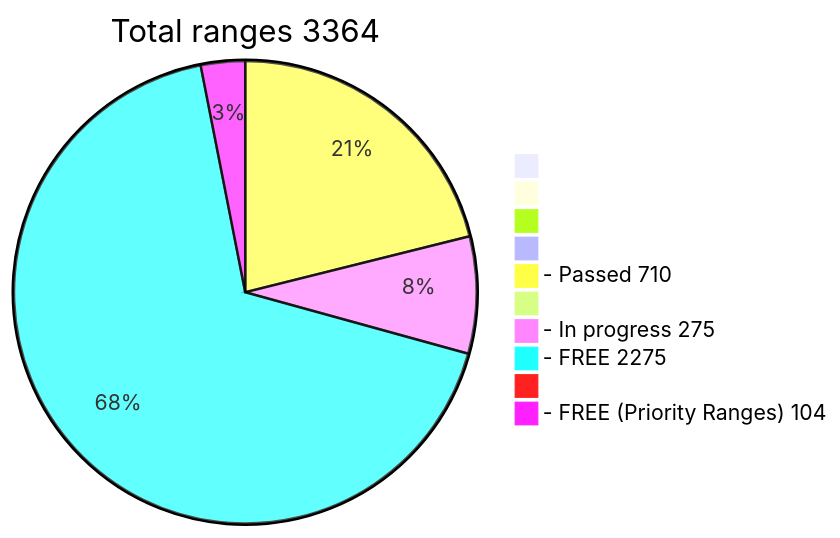
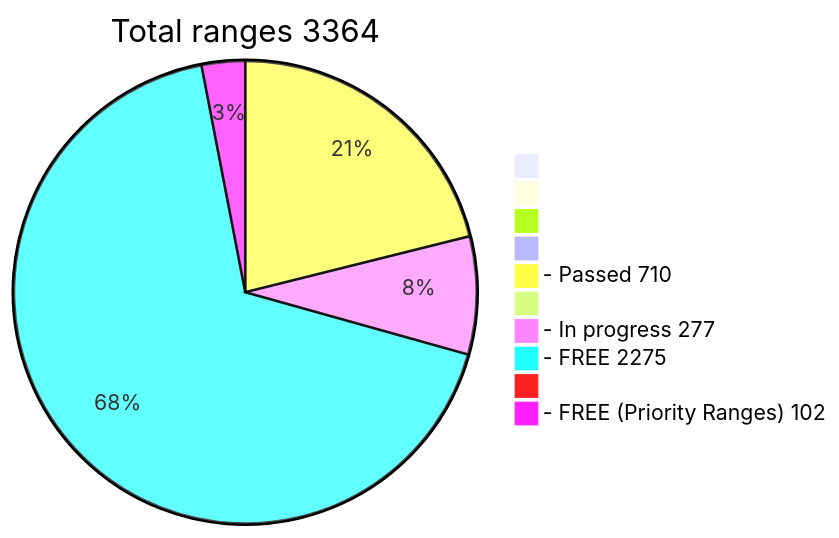
One commit to phrutis/wif500 changed the diagram in README.md. Above: the diagram before and after it, drawn with Mermaid.

````diff
--- a/README.md
+++ b/README.md
@@ -16,13 +16,13 @@
 ```mermaid
 pie title Total ranges 3364
              " " : 0
             "  " : 0
            "   " : 0
           "    " : 0
   "- Passed 710" : 710
          "     " : 0
-  "- In progress 275" : 275
+  "- In progress 277" : 277
    "- FREE 2275" : 2275
         "      " : 0
-  "- FREE (Priority Ranges) 104" : 104
+  "- FREE (Priority Ranges) 102" : 102
 ```
````
